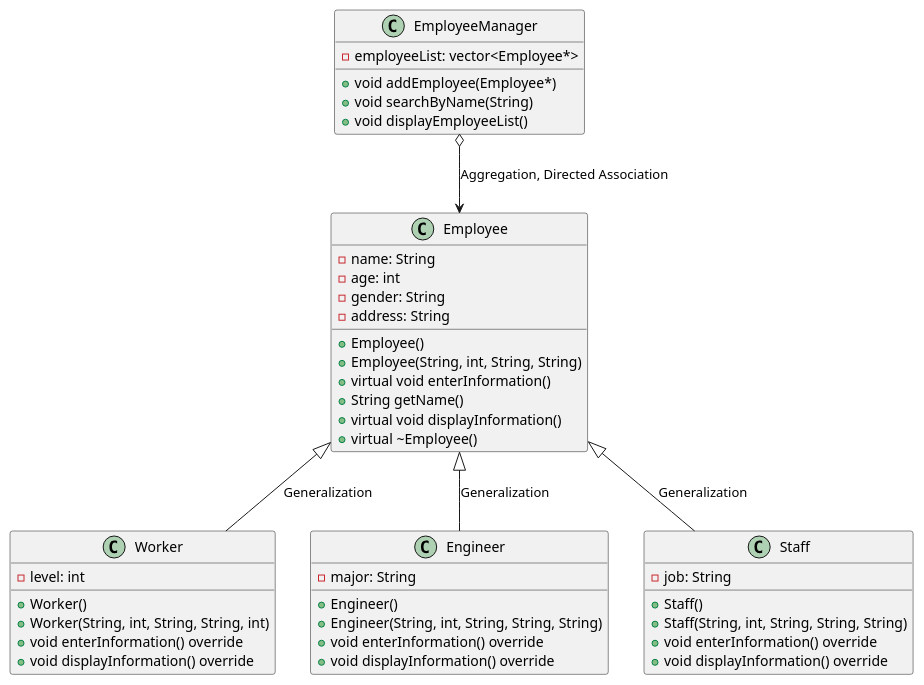
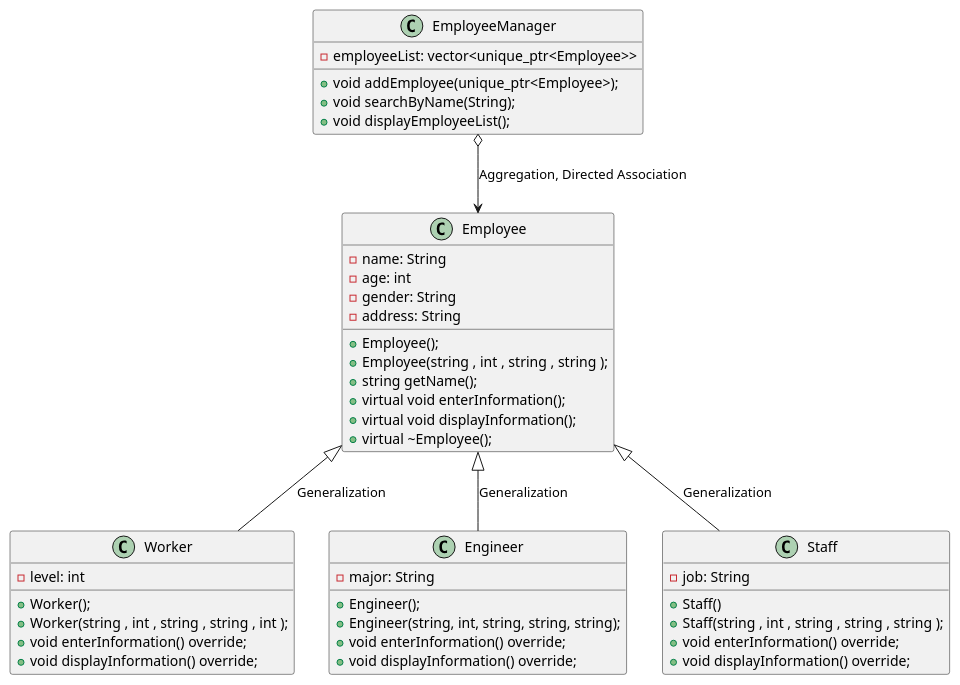
Before and after one commit to baobluebird/Basic-C-Cplusplus: the diagram in .Assigment/OOP/ex1/diagram/diagram.wsd, drawn with PlantUML. The commit also changed 102 other files, not shown here.

Commit message:
fix diagram, fix use pointer

```diff
--- a/.Assigment/OOP/ex1/diagram/diagram.wsd
+++ b/.Assigment/OOP/ex1/diagram/diagram.wsd
@@ -1,52 +1,52 @@
 @startuml
 
 class Employee {
   - name: String
   - age: int
   - gender: String
   - address: String
-  + Employee()
-  + Employee(String, int, String, String)
-  + virtual void enterInformation()
-  + String getName()
-  + virtual void displayInformation()
-  + virtual ~Employee()
+  + Employee();
+  + Employee(string , int , string , string );
+  + string getName();
+  + virtual void enterInformation();
+  + virtual void displayInformation();
+  + virtual ~Employee();
 }
 
 class Worker {
   - level: int
-  + Worker()
-  + Worker(String, int, String, String, int)
-  + void enterInformation() override
-  + void displayInformation() override
+  + Worker();
+  + Worker(string , int , string , string , int );
+  + void enterInformation() override;
+  + void displayInformation() override;
 }
 
 class Engineer {
   - major: String
-  + Engineer()
-  + Engineer(String, int, String, String, String)
-  + void enterInformation() override
-  + void displayInformation() override
+  + Engineer();
+  + Engineer(string, int, string, string, string);
+  + void enterInformation() override;
+  + void displayInformation() override;
 }
 
 class Staff {
   - job: String
   + Staff()
-  + Staff(String, int, String, String, String)
-  + void enterInformation() override
-  + void displayInformation() override
+  + Staff(string , int , string , string , string );
+  + void enterInformation() override;
+  + void displayInformation() override;
 }
 
 class EmployeeManager {
-  - employeeList: vector<Employee*>
-  + void addEmployee(Employee*)
-  + void searchByName(String)
-  + void displayEmployeeList()
+  - employeeList: vector<unique_ptr<Employee>>
+  + void addEmployee(unique_ptr<Employee>);
+  + void searchByName(String);
+  + void displayEmployeeList();
 }
 
 Employee <|-- Worker : Generalization 
 Employee <|-- Engineer : Generalization 
 Employee <|-- Staff : Generalization 
 EmployeeManager o--> Employee : Aggregation, Directed Association
 
 @enduml
```
